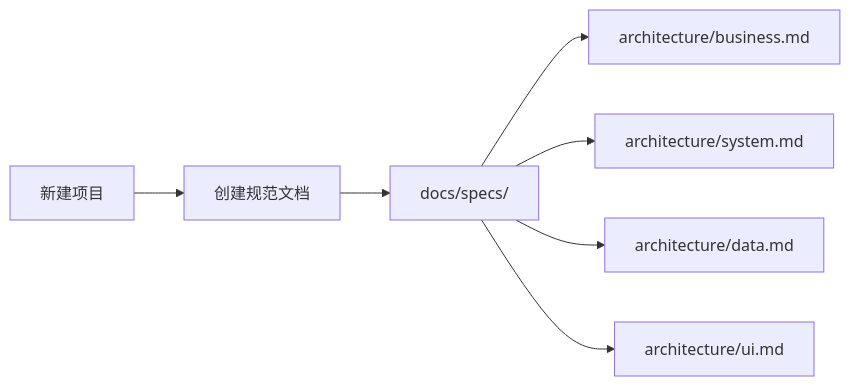
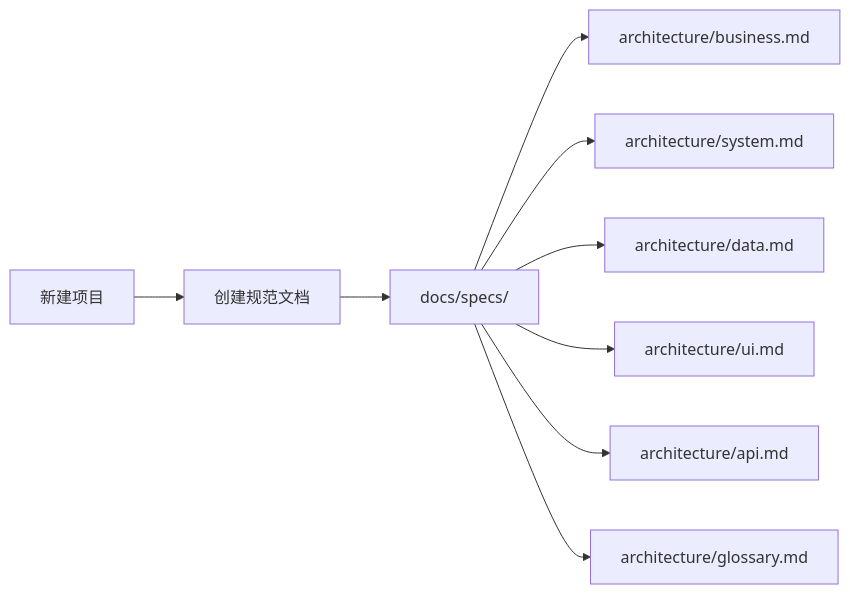
The first of 5 diagrams in plugins/builden-dev/skills/bun-best-practices/README.md (builden/bd-box), drawn with Mermaid before and after one commit. The commit also changed other lines of this file and 3 other files, not shown here.

````diff
--- a/plugins/builden-dev/skills/bun-best-practices/README.md
+++ b/plugins/builden-dev/skills/bun-best-practices/README.md
@@ -62,9 +66,11 @@
 ```mermaid
 flowchart LR
     A[新建项目] --> B[创建规范文档]
     B --> C[docs/specs/]
     C --> D[architecture/business.md]
     C --> E[architecture/system.md]
     C --> F[architecture/data.md]
     C --> G[architecture/ui.md]
+    C --> H[architecture/api.md]
+    C --> I[architecture/glossary.md]
 ```
````
